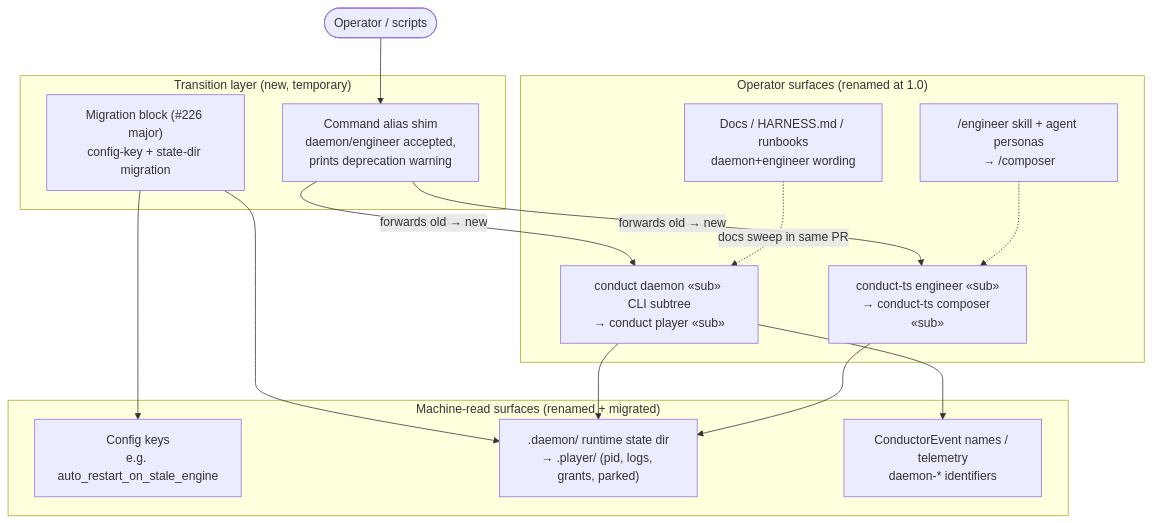
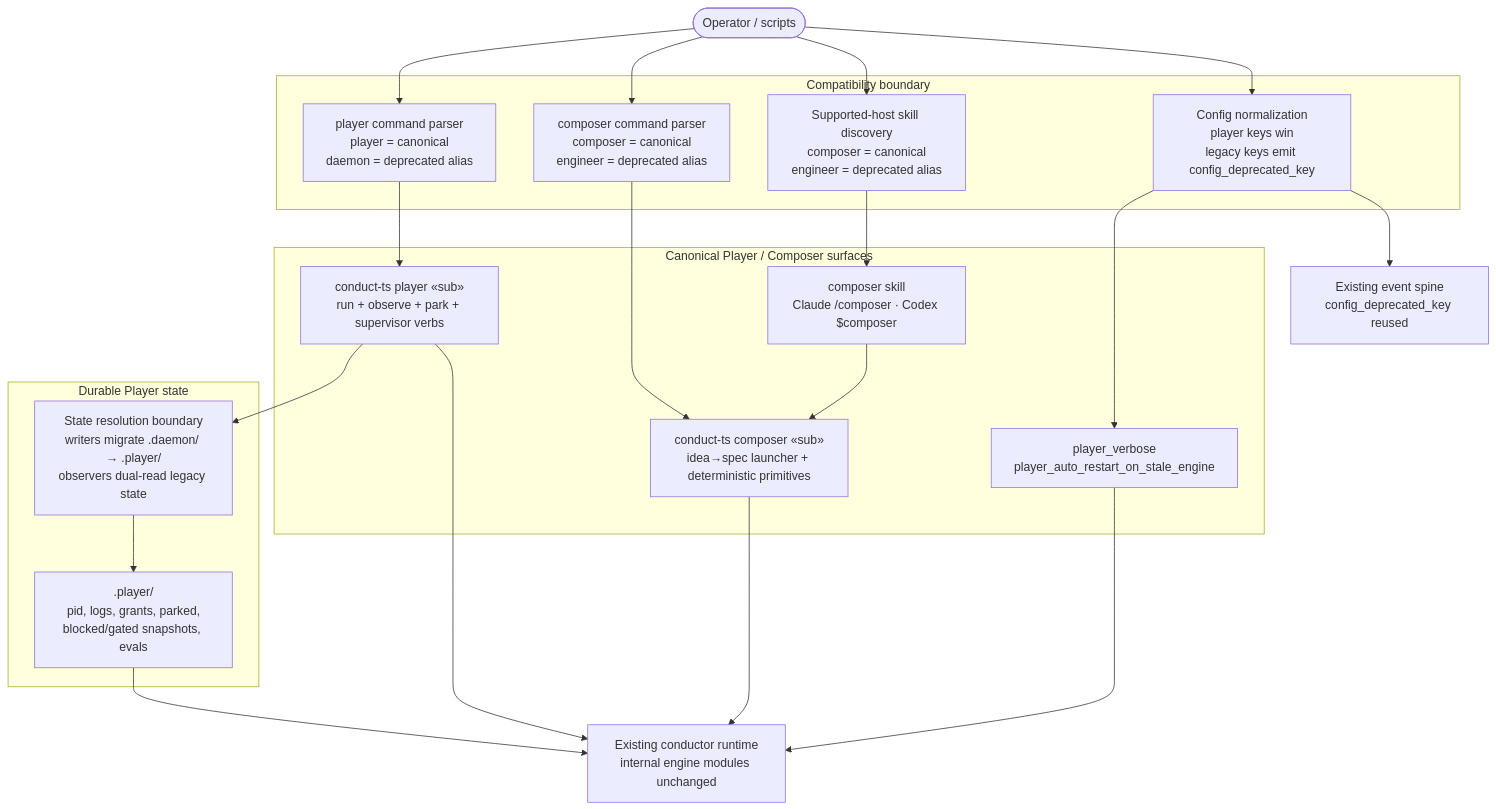
The diagram in .docs/architecture/2026-08-26-music-vocabulary-rename-surfaces.md (jstoup111/ai-conductor), drawn with Mermaid before and after one commit. The commit also changed other lines of this file and 9 other files, not shown here.

Commit message:
spec: plan Player and Composer implementation

````diff
--- a/.docs/architecture/2026-08-26-music-vocabulary-rename-surfaces.md
+++ b/.docs/architecture/2026-08-26-music-vocabulary-rename-surfaces.md
@@ -10,31 +15,43 @@
 ```mermaid
 graph TD
-  subgraph Operator["Operator surfaces (renamed at 1.0)"]
-    CLI["conduct daemon «sub» CLI subtree<br/>→ conduct player «sub»"]
-    ENGCLI["conduct-ts engineer «sub»<br/>→ conduct-ts composer «sub»"]
-    SKILLS["/engineer skill + agent personas<br/>→ /composer"]
-    DOCS["Docs / HARNESS.md / runbooks<br/>daemon+engineer wording"]
+  OP(["Operator / scripts"])
+
+  subgraph Boundary["Compatibility boundary"]
+    PLAYER_ALIAS["player command parser<br/>player = canonical<br/>daemon = deprecated alias"]
+    COMPOSER_ALIAS["composer command parser<br/>composer = canonical<br/>engineer = deprecated alias"]
+    SKILL_ALIAS["Supported-host skill discovery<br/>composer = canonical<br/>engineer = deprecated alias"]
+    CONFIG_ALIAS["Config normalization<br/>player keys win<br/>legacy keys emit config_deprecated_key"]
   end
 
-  subgraph Machine["Machine-read surfaces (renamed + migrated)"]
-    CONFIG["Config keys<br/>e.g. auto_restart_on_stale_engine"]
-    STATE[".daemon/ runtime state dir<br/>→ .player/ (pid, logs, grants, parked)"]
-    EVENTS["ConductorEvent names / telemetry<br/>daemon-* identifiers"]
+  subgraph Canonical["Canonical Player / Composer surfaces"]
+    PLAYER["conduct-ts player «sub»<br/>run + observe + park + supervisor verbs"]
+    COMPOSER["conduct-ts composer «sub»<br/>idea→spec launcher + deterministic primitives"]
+    SKILLS["composer skill<br/>Claude /composer · Codex $composer"]
+    CONFIG["player_verbose<br/>player_auto_restart_on_stale_engine"]
   end
 
-  subgraph Alias["Transition layer (new, temporary)"]
-    SHIM["Command alias shim<br/>daemon/engineer accepted,<br/>prints deprecation warning"]
-    MIG["Migration block (#226 major)<br/>config-key + state-dir migration"]
+  subgraph State["Durable Player state"]
+    STATE_MIGRATION["State resolution boundary<br/>writers migrate .daemon/ → .player/<br/>observers dual-read legacy state"]
+    PLAYER_STATE[".player/<br/>pid, logs, grants, parked,<br/>blocked/gated snapshots, evals"]
   end
 
-  OP(["Operator / scripts"]) --> SHIM
-  SHIM -->|"forwards old → new"| CLI
-  SHIM -->|"forwards old → new"| ENGCLI
-  MIG --> CONFIG
-  MIG --> STATE
-  CLI --> STATE
-  ENGCLI --> STATE
-  CLI --> EVENTS
-  DOCS -.->|"docs sweep in same PR"| CLI
-  SKILLS -.-> ENGCLI
+  RUNTIME["Existing conductor runtime<br/>internal engine modules unchanged"]
+  EVENTS["Existing event spine<br/>config_deprecated_key reused"]
+
+  OP --> PLAYER_ALIAS
+  OP --> COMPOSER_ALIAS
+  OP --> SKILL_ALIAS
+  OP --> CONFIG_ALIAS
+  PLAYER_ALIAS --> PLAYER
+  COMPOSER_ALIAS --> COMPOSER
+  SKILL_ALIAS --> SKILLS
+  CONFIG_ALIAS --> CONFIG
+  CONFIG_ALIAS --> EVENTS
+  PLAYER --> STATE_MIGRATION
+  CONFIG --> RUNTIME
+  COMPOSER --> RUNTIME
+  SKILLS --> COMPOSER
+  STATE_MIGRATION --> PLAYER_STATE
+  PLAYER_STATE --> RUNTIME
+  PLAYER --> RUNTIME
 ```
````
